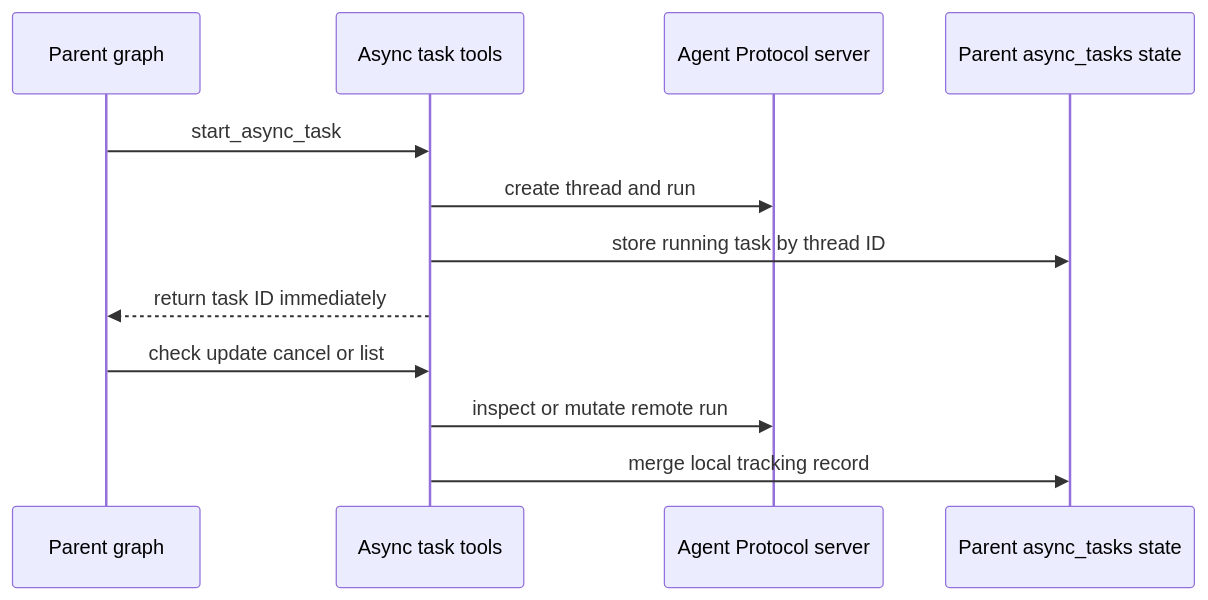
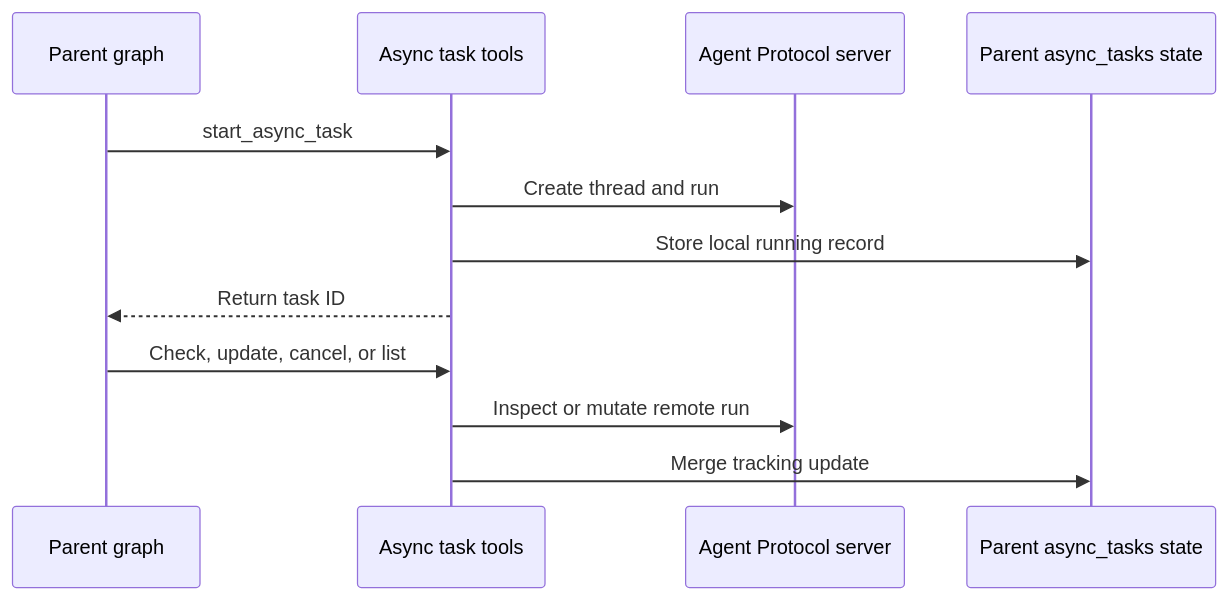
Before and after one commit to langchain-ai/deepagents: the fourth of 4 diagrams in openwiki/architecture/sdk-construction-execution.md, drawn with Mermaid. The commit also changed other lines of this file and 53 other files, not shown here.

````diff
--- a/openwiki/architecture/sdk-construction-execution.md
+++ b/openwiki/architecture/sdk-construction-execution.md
@@ -121,14 +141,14 @@
 ```mermaid
 sequenceDiagram
     participant Parent as Parent graph
-    participant Tools as Async task tools
+    participant AsyncTools as Async task tools
     participant Server as Agent Protocol server
     participant Tracking as Parent async_tasks state
-    Parent->>Tools: start_async_task
-    Tools->>Server: create thread and run
-    Tools->>Tracking: store running task by thread ID
-    Tools-->>Parent: return task ID immediately
-    Parent->>Tools: check update cancel or list
-    Tools->>Server: inspect or mutate remote run
-    Tools->>Tracking: merge local tracking record
+    Parent->>AsyncTools: start_async_task
+    AsyncTools->>Server: Create thread and run
+    AsyncTools->>Tracking: Store local running record
+    AsyncTools-->>Parent: Return task ID
+    Parent->>AsyncTools: Check, update, cancel, or list
+    AsyncTools->>Server: Inspect or mutate remote run
+    AsyncTools->>Tracking: Merge tracking update
 ```
````
